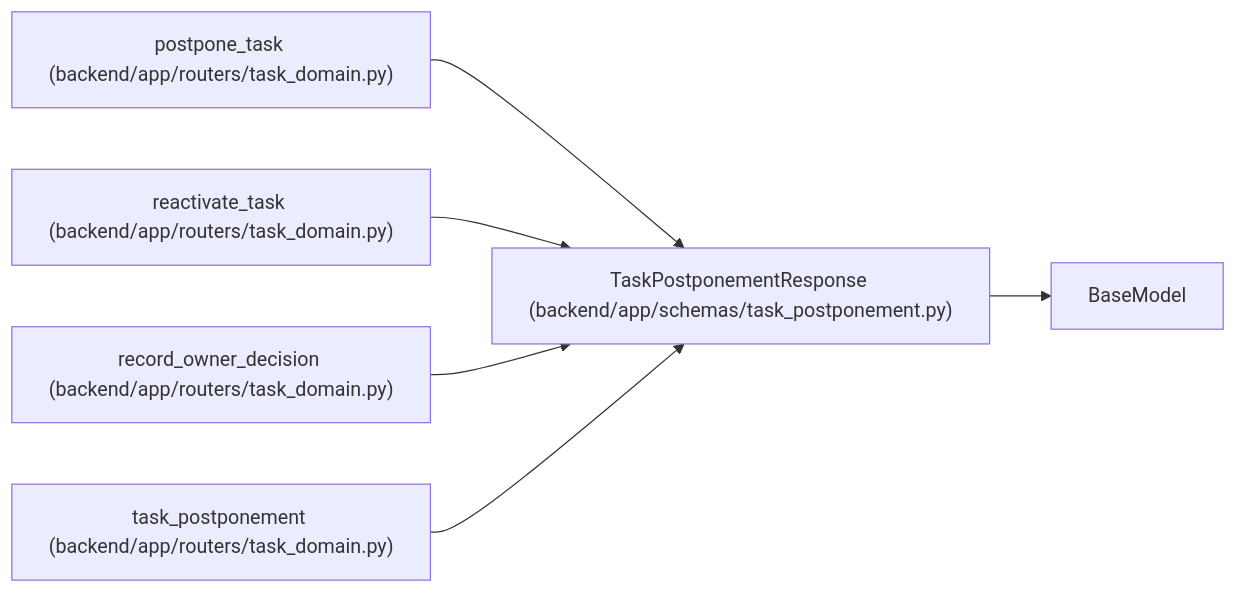
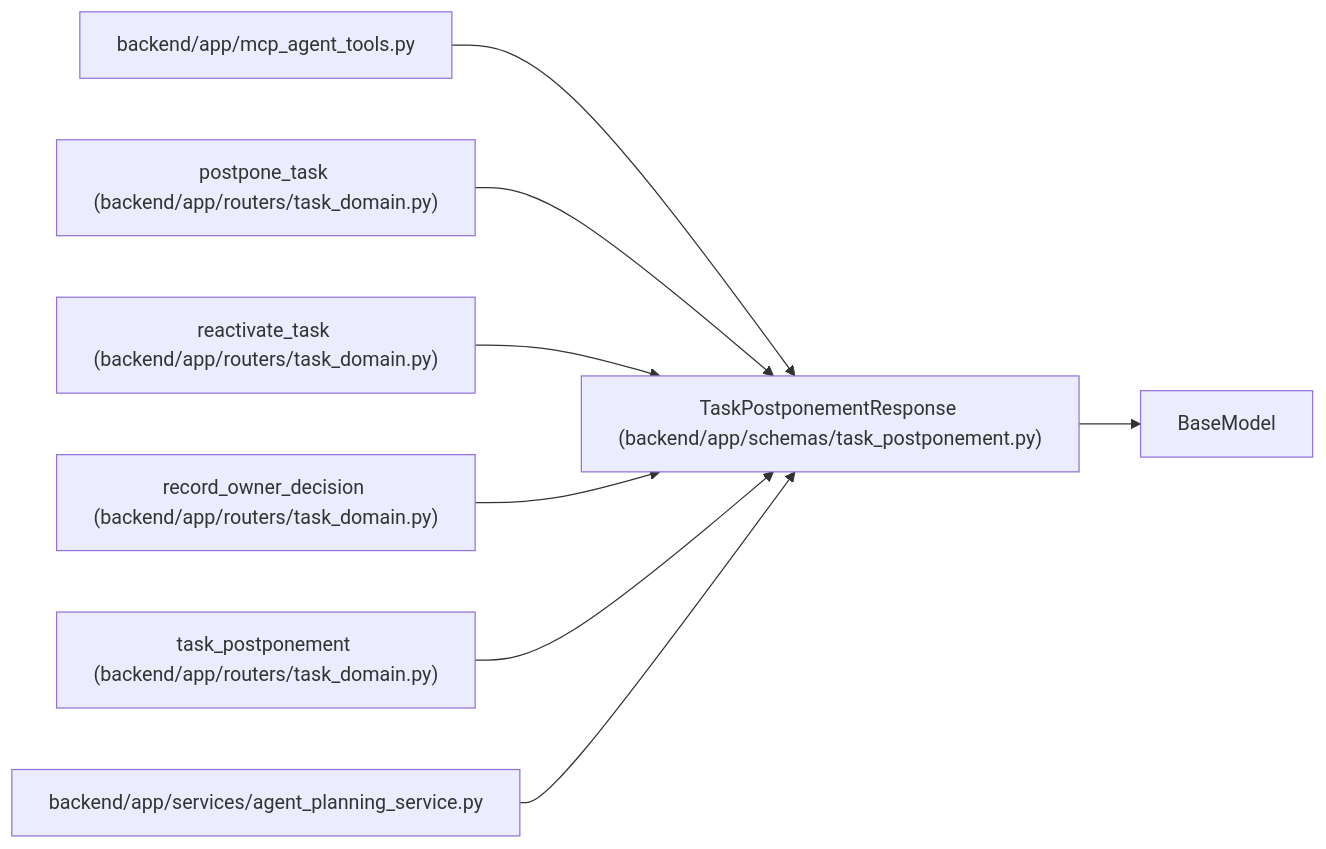
Before and after one commit to Denissvgn/WorkChord: the diagram in docs/llm_wiki/entities/schemas_task_postponement_TaskPostponementResponse.md, drawn with Mermaid. The commit also changed other lines of this file and 674 other files, not shown here.

Commit message:
Sync the architectural wiki for the postponement agent tools

````diff
--- a/docs/llm_wiki/entities/schemas_task_postponement_TaskPostponementResponse.md
+++ b/docs/llm_wiki/entities/schemas_task_postponement_TaskPostponementResponse.md
@@ -26,19 +26,25 @@
 ```mermaid
 flowchart LR
     n0["TaskPostponementResponse (backend/app/schemas/task_postponement.py)"]
     n1["BaseModel"]
-    n2["postpone_task (backend/app/routers/task_domain.py)"]
-    n3["reactivate_task (backend/app/routers/task_domain.py)"]
-    n4["record_owner_decision (backend/app/routers/task_domain.py)"]
-    n5["task_postponement (backend/app/routers/task_domain.py)"]
+    n2["backend/app/mcp_agent_tools.py"]
+    n3["postpone_task (backend/app/routers/task_domain.py)"]
+    n4["reactivate_task (backend/app/routers/task_domain.py)"]
+    n5["record_owner_decision (backend/app/routers/task_domain.py)"]
+    n6["task_postponement (backend/app/routers/task_domain.py)"]
+    n7["backend/app/services/agent_planning_service.py"]
     n0 --> n1
     n2 --> n0
     n3 --> n0
     n4 --> n0
     n5 --> n0
+    n6 --> n0
+    n7 --> n0
     click n0 "../modules/schemas_task_postponement.md"
-    click n2 "../modules/routers_task_domain.md"
+    click n2 "../modules/mcp_agent_tools.md"
     click n3 "../modules/routers_task_domain.md"
     click n4 "../modules/routers_task_domain.md"
     click n5 "../modules/routers_task_domain.md"
+    click n6 "../modules/routers_task_domain.md"
+    click n7 "../modules/agent_planning_service.md"
 ```
````
